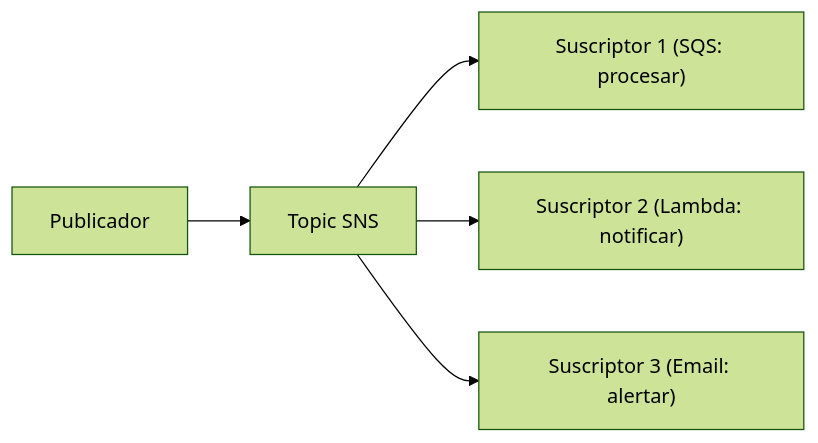
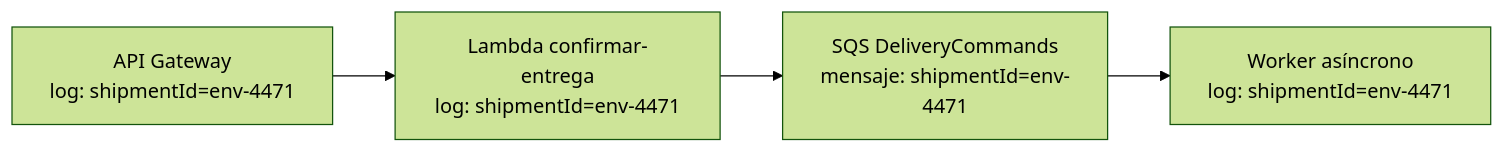
The first of 6 diagrams in web/public/content/cloud/modulo-11.md (NICORUIZ93/The_Imperial_Book), drawn with Mermaid (forest theme) before and after one commit. The commit also changed other lines of this file and 305 other files, not shown here.

````diff
--- a/web/public/content/cloud/modulo-11.md
+++ b/web/public/content/cloud/modulo-11.md
@@ -16,7 +16,6 @@
 ```mermaid
 flowchart LR
-    P["Publicador"] --> T["Topic SNS"]
-    T --> S1["Suscriptor 1 (SQS: procesar)"]
-    T --> S2["Suscriptor 2 (Lambda: notificar)"]
-    T --> S3["Suscriptor 3 (Email: alertar)"]
+    AG["API Gateway\nlog: shipmentId=env-4471"] --> L["Lambda confirmar-entrega\nlog: shipmentId=env-4471"]
+    L --> Q["SQS DeliveryCommands\nmensaje: shipmentId=env-4471"]
+    Q --> W["Worker asíncrono\nlog: shipmentId=env-4471"]
 ```
````
